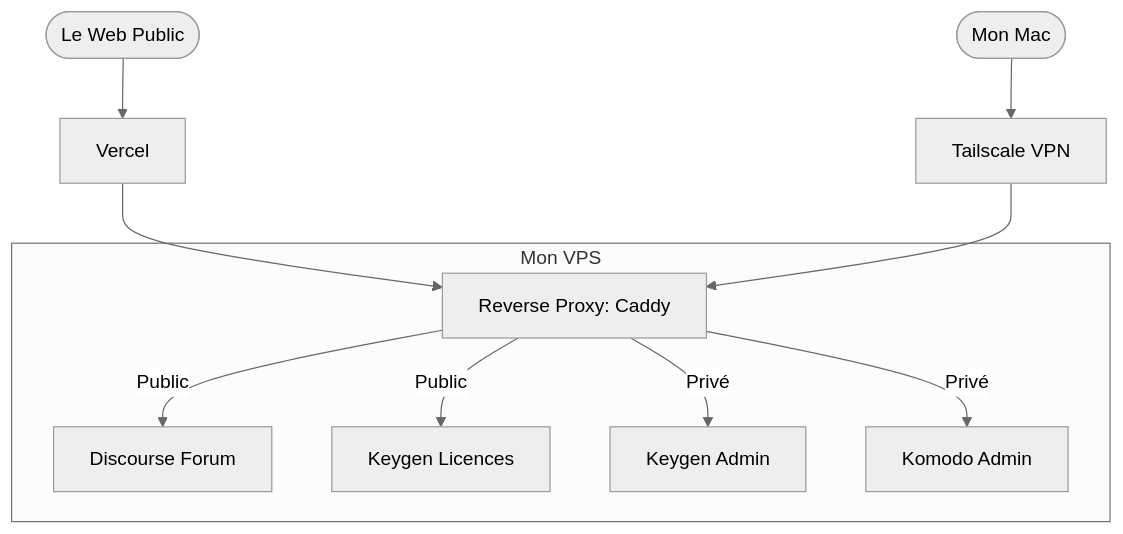
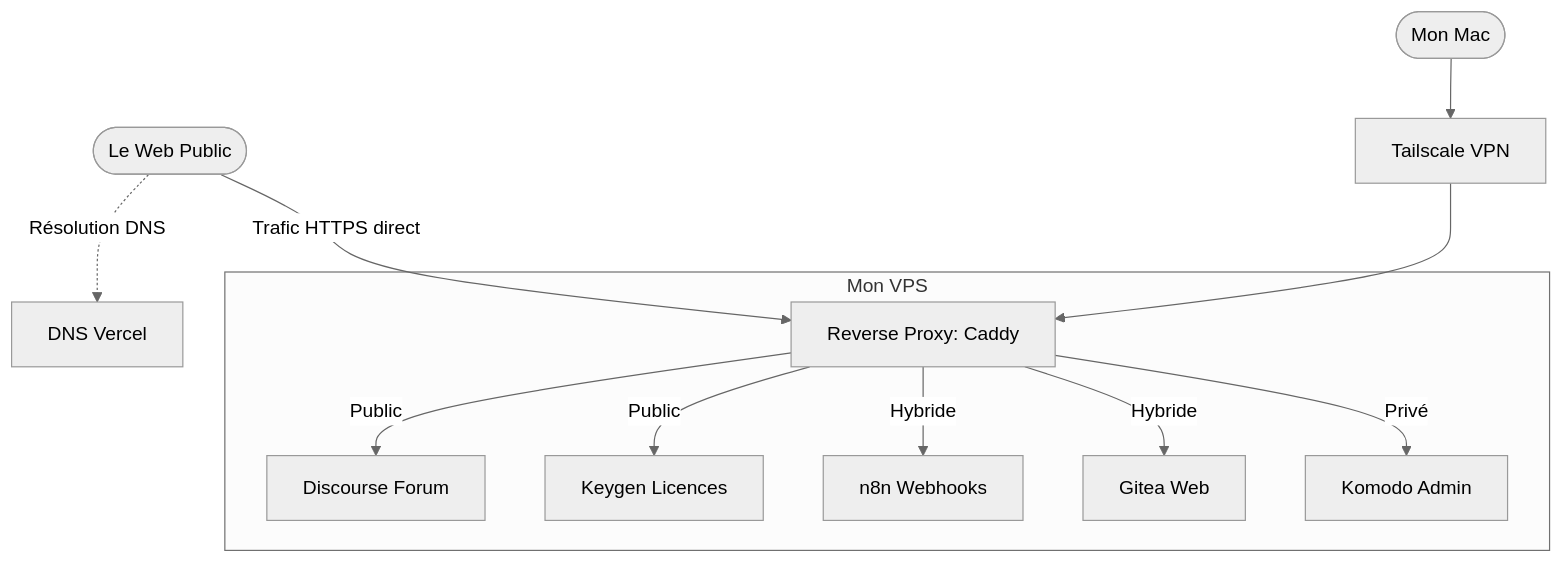
Before and after one commit to Maethik/matheoguilbert.fr: the diagram in content/blog/fr/03-Deploying-an-infrastructure-for-a-macos-app-distribution.mdx, drawn with Mermaid (neutral theme). The commit also changed other lines of this file and 2 other files, not shown here.

````diff
--- a/content/blog/fr/03-Deploying-an-infrastructure-for-a-macos-app-distribution.mdx
+++ b/content/blog/fr/03-Deploying-an-infrastructure-for-a-macos-app-distribution.mdx
@@ -94,21 +187,22 @@
 ```mermaid
 graph TD
     %% Flux Public
-    Internet([Le Web Public]) --> Vercel[Vercel]
-    Vercel --> Caddy
+    Internet([Le Web Public]) -.->|Résolution DNS| VercelDNS[DNS Vercel]
+    Internet -->|Trafic HTTPS direct| Caddy
 
     %% Flux Privé
     MonMac([Mon Mac]) --> Tailscale[Tailscale VPN]
     Tailscale --> Caddy
 
     %% Le VPS et Caddy
     subgraph Mon VPS
         Caddy[Reverse Proxy: Caddy]
         
         %% Dispatching vers Docker
         Caddy -->|Public| Discourse[Discourse Forum]
         Caddy -->|Public| Keygen[Keygen Licences]
-        Caddy -->|Privé| Keygen2[Keygen Admin]
+        Caddy -->|Hybride| N8N[n8n Webhooks]
+        Caddy -->|Hybride| Gitea[Gitea Web]
         Caddy -->|Privé| Komodo[Komodo Admin]
     end
 ```
````
